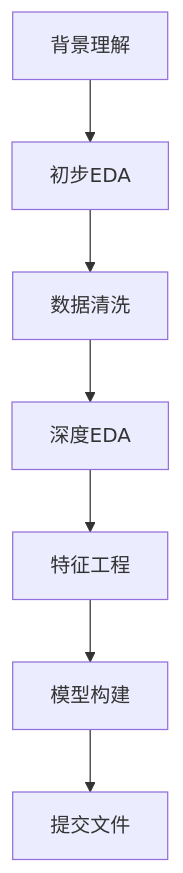
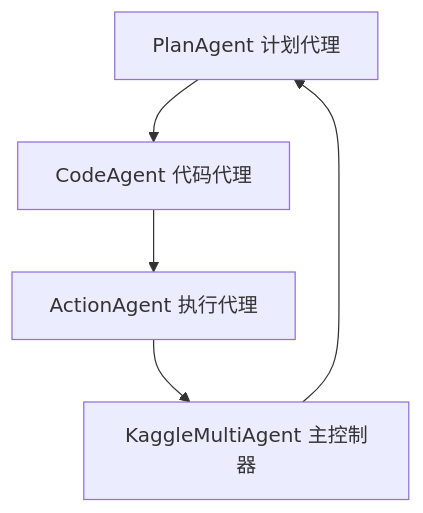
The diagram in genAI2025/ml_agent/README.md (junchenfeng/generation_ai), drawn with Mermaid before and after one commit. The commit also changed other lines of this file and 4 other files, not shown here.

````diff
--- a/genAI2025/ml_agent/README.md
+++ b/genAI2025/ml_agent/README.md
@@ -21,9 +22,7 @@
 ```mermaid
 graph TD
-    A[背景理解] --> B[初步EDA]
-    B --> C[数据清洗]
-    C --> D[深度EDA]
-    D --> E[特征工程]
-    E --> F[模型构建]
-    F --> G[提交文件]
+    A[PlanAgent 计划代理] --> B[CodeAgent 代码代理]
+    B --> C[ActionAgent 执行代理]
+    C --> D[KaggleMultiAgent 主控制器]
+    D --> A
 ```
````
